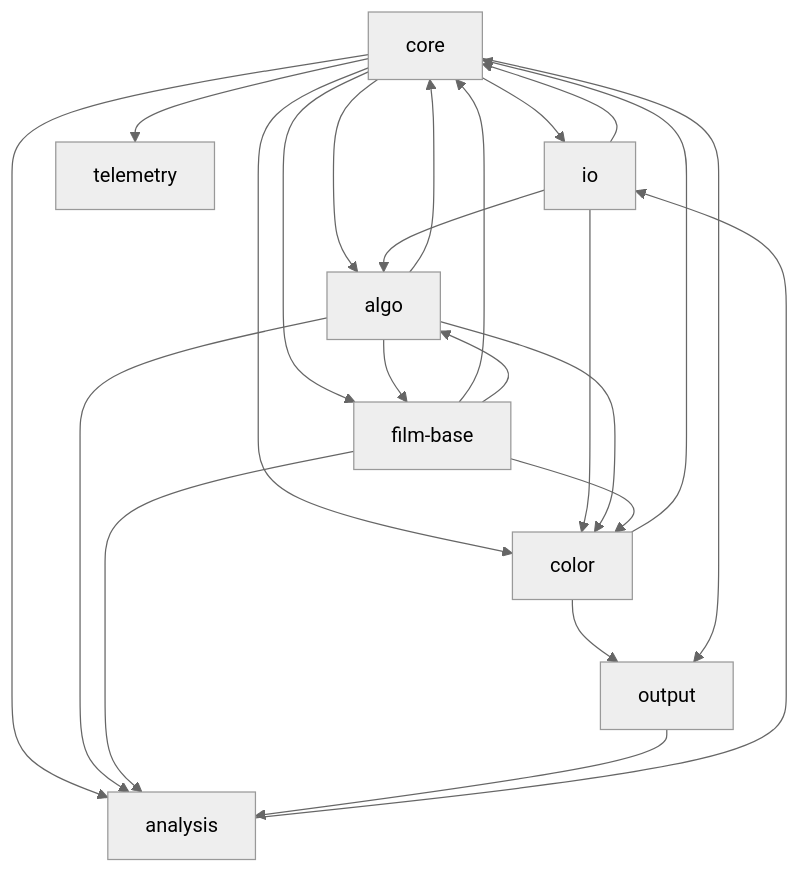
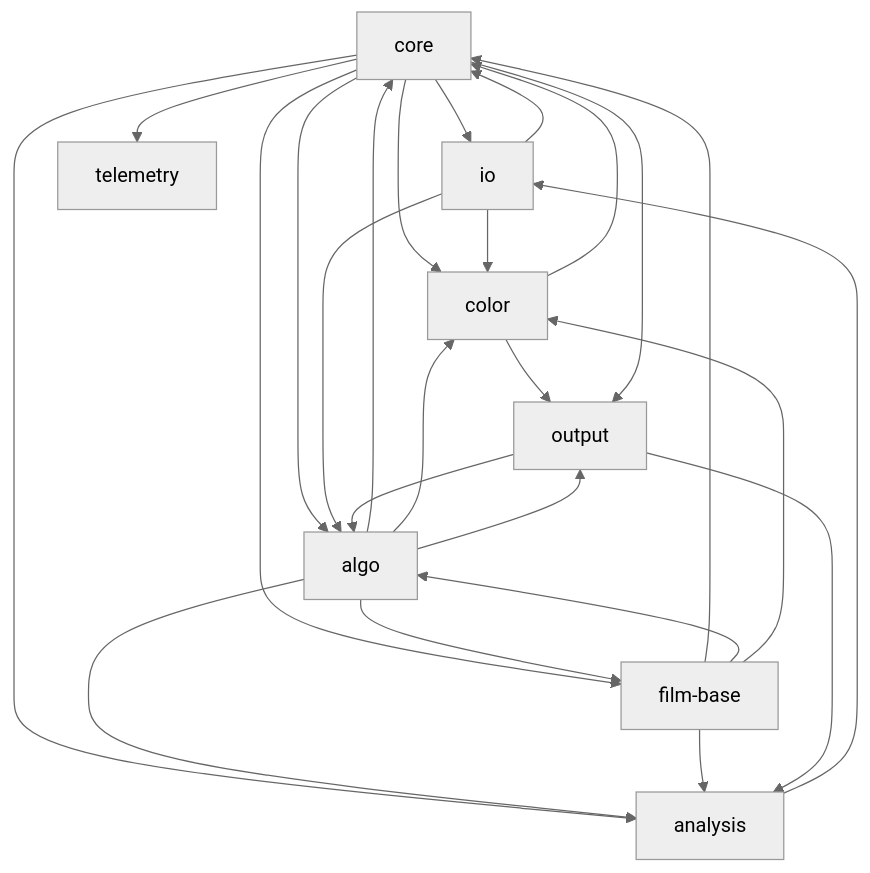
One commit to lix42/negative-converter changed the first of 2 diagrams in docs/TASKS.md. Above: the diagram before and after it, drawn with Mermaid (neutral theme). The commit also changed other lines of this file and 7 other files, not shown here.

````diff
--- a/docs/TASKS.md
+++ b/docs/TASKS.md
@@ -81,33 +86,35 @@
 ```mermaid
 graph TD
   core
   io
   film-base
   algo
   color
   output
   telemetry
   analysis
   core --> io
   core --> color
   core --> film-base
   core --> algo
   io --> core
   color --> core
   film-base --> core
   algo --> core
   analysis --> io
   core --> analysis
   core --> telemetry
   algo --> analysis
   film-base --> analysis
   algo --> film-base
   io --> color
   io --> algo
   film-base --> algo
   algo --> color
   film-base --> color
   color --> output
+  algo --> output
   core --> output
+  output --> algo
   output --> analysis
 ```
````
